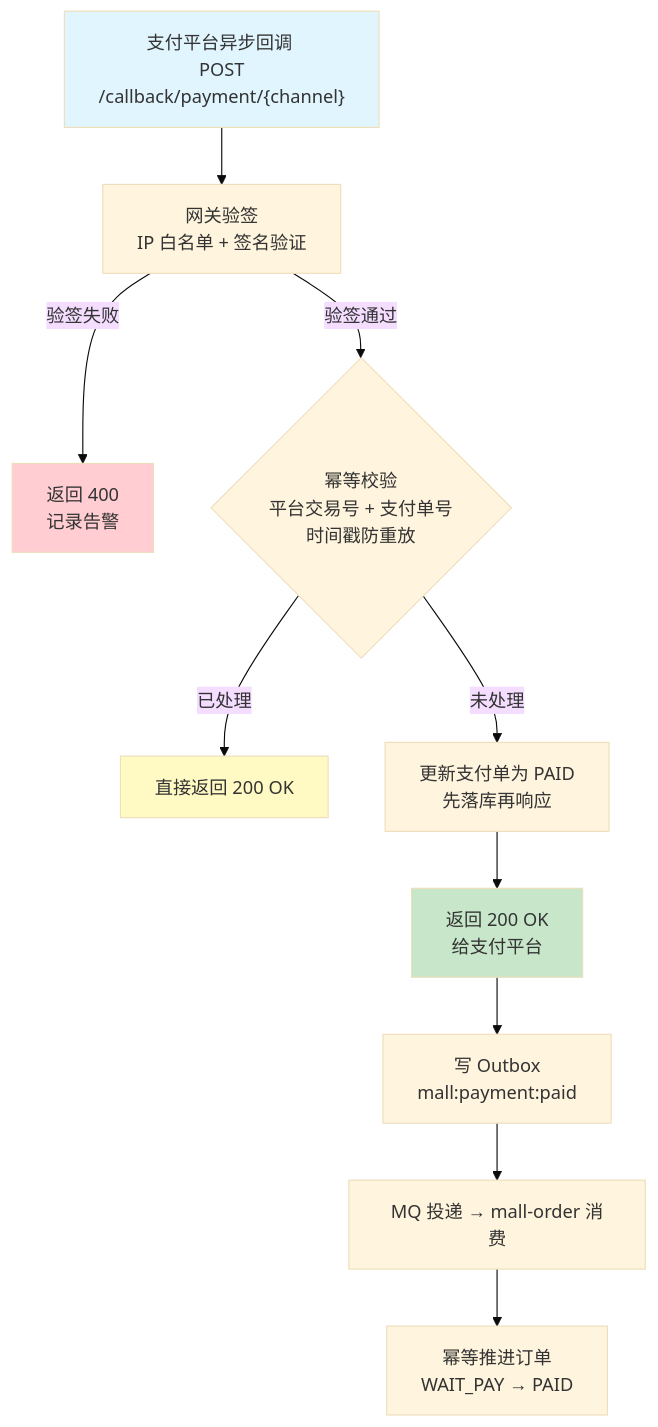
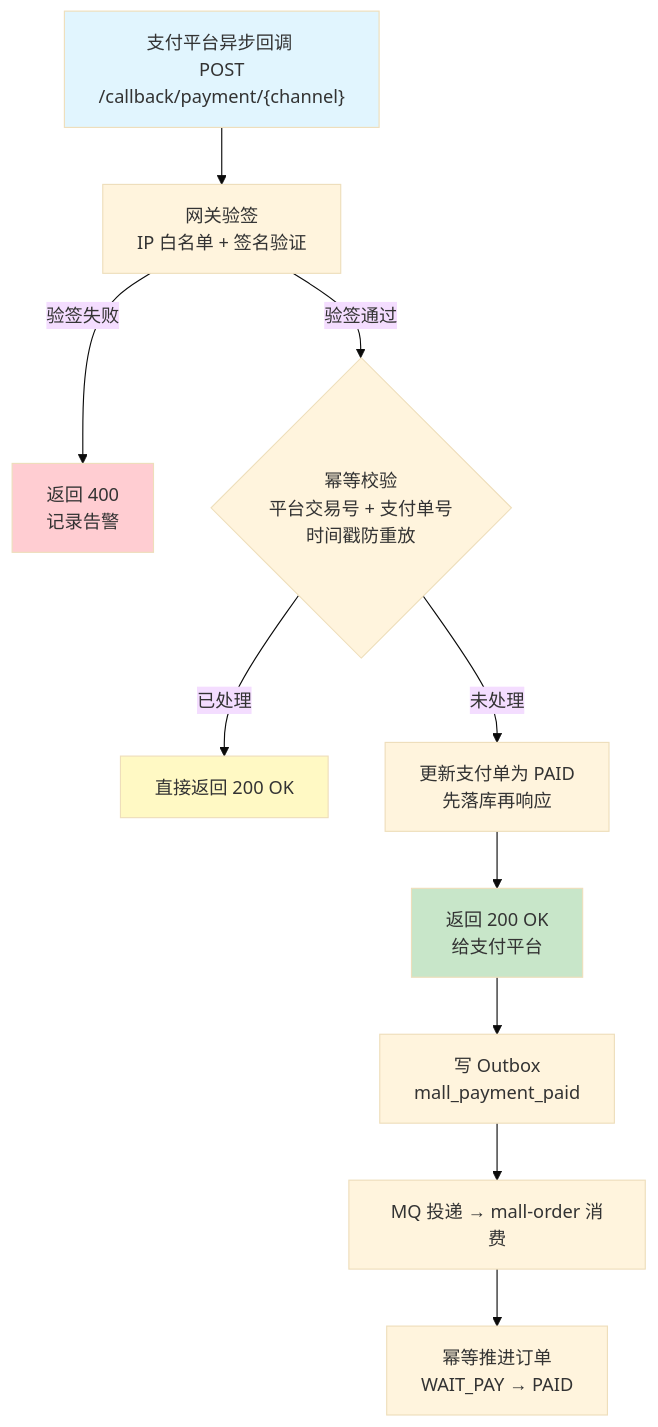
Before and after one commit to 1016297824/JH-Mall: the fourth of 12 diagrams in docs/design/03_05_系统详细设计-核心业务详细流程.md, drawn with Mermaid (base theme). The commit also changed other lines of this file and 20 other files, not shown here.

````diff
--- a/docs/design/03_05_系统详细设计-核心业务详细流程.md
+++ b/docs/design/03_05_系统详细设计-核心业务详细流程.md
@@ -150,17 +150,17 @@
 ```mermaid
 graph TD
     A["支付平台异步回调 <br/> POST /callback/payment/{channel}"] --> B["网关验签 <br/> IP 白名单 + 签名验证"]
     B -->|"验签失败"| C["返回 400 <br/> 记录告警"]
     B -->|"验签通过"| D{"幂等校验 <br/> 平台交易号 + 支付单号 <br/> 时间戳防重放"}
     D -->|"已处理"| E["直接返回 200 OK"]
     D -->|"未处理"| F["更新支付单为 PAID <br/> 先落库再响应"]
     F --> G["返回 200 OK <br/> 给支付平台"]
-    G --> H["写 Outbox <br/> mall:payment:paid"]
+    G --> H["写 Outbox <br/> mall_payment_paid"]
     H --> I["MQ 投递 → mall-order 消费"]
     I --> J["幂等推进订单 <br/> WAIT_PAY → PAID"]
 
     style A fill:#e1f5fe
     style G fill:#c8e6c9
     style E fill:#fff9c4
     style C fill:#ffcdd2
 ```
````
